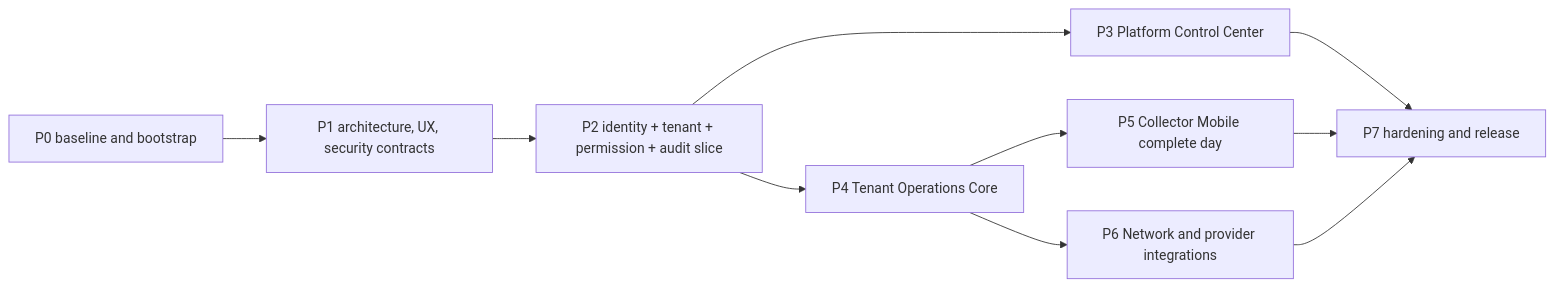
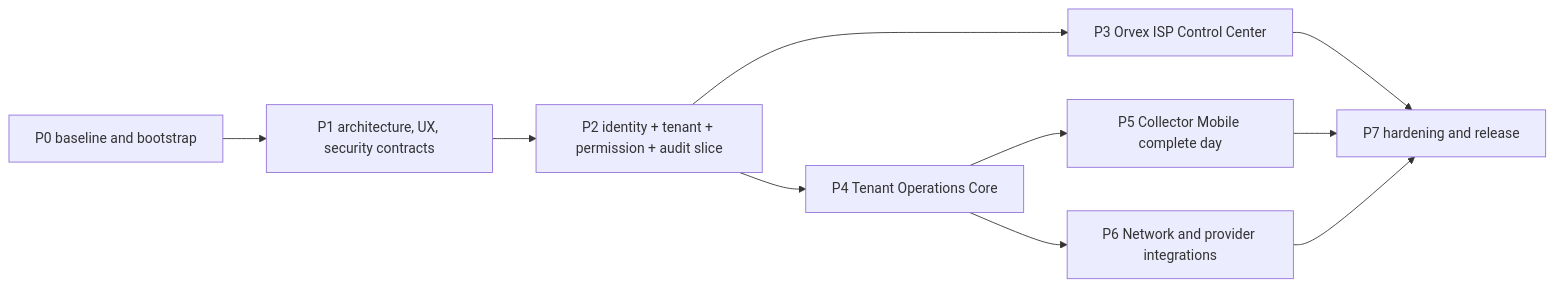
The diagram in docs/task-plan.md (salman-moussa/isp_project), drawn with Mermaid before and after one commit. The commit also changed other lines of this file and 22 other files, not shown here.

Commit message:
chore(brand): migrate user-facing identity to Orvex ISP

````diff
--- a/docs/task-plan.md
+++ b/docs/task-plan.md
@@ -46,12 +46,12 @@
 ```mermaid
 flowchart LR
   P0["P0 baseline and bootstrap"] --> P1["P1 architecture, UX, security contracts"]
   P1 --> P2["P2 identity + tenant + permission + audit slice"]
-  P2 --> P3["P3 Platform Control Center"]
+  P2 --> P3["P3 Orvex ISP Control Center"]
   P2 --> P4["P4 Tenant Operations Core"]
   P4 --> P5["P5 Collector Mobile complete day"]
   P4 --> P6["P6 Network and provider integrations"]
   P3 --> P7["P7 hardening and release"]
   P5 --> P7
   P6 --> P7
 ```
````
